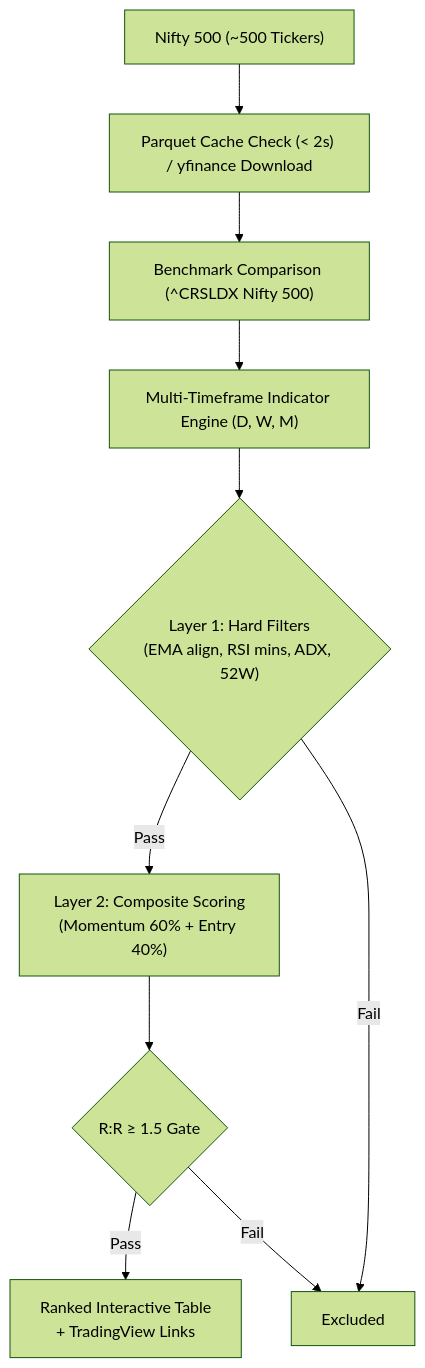
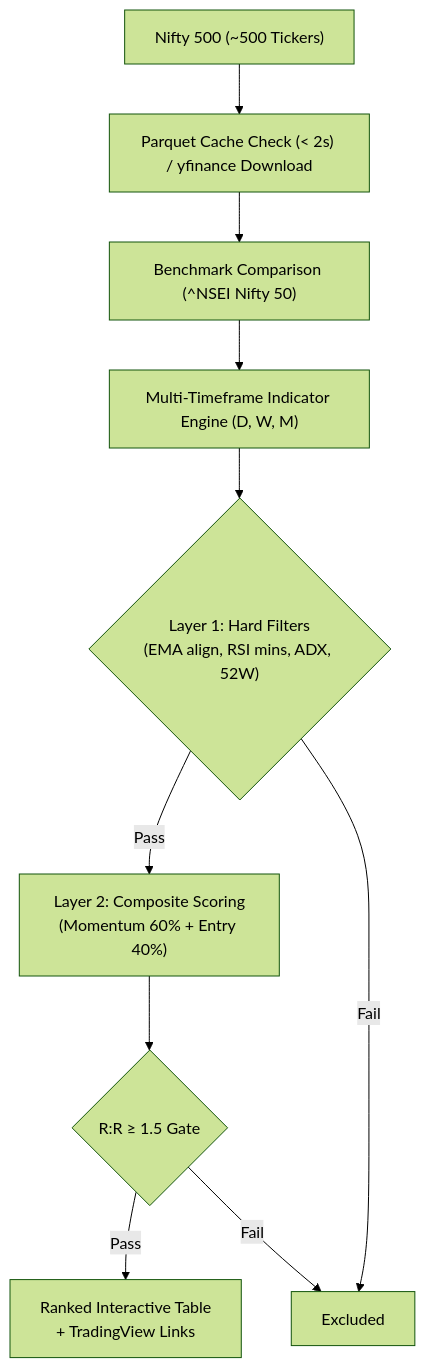
The first of 3 diagrams in README.md (tanmayw/momentum-scanner), drawn with Mermaid (forest theme) before and after one commit. The commit also changed 1 other file, not shown here.

Commit message:
fix(ui): update benchmark display label from ^CRSLDX to Nifty 50 (^NSEI)

````diff
--- a/README.md
+++ b/README.md
@@ -58,12 +58,12 @@
 ```mermaid
 flowchart TD
     A["Nifty 500 (~500 Tickers)"] --> B["Parquet Cache Check (< 2s) / yfinance Download"]
-    B --> C["Benchmark Comparison (^CRSLDX Nifty 500)"]
+    B --> C["Benchmark Comparison (^NSEI Nifty 50)"]
     C --> D["Multi-Timeframe Indicator Engine (D, W, M)"]
     D --> E{"Layer 1: Hard Filters\n(EMA align, RSI mins, ADX, 52W)"}
     E -- "Pass" --> F["Layer 2: Composite Scoring\n(Momentum 60% + Entry 40%)"]
     E -- "Fail" --> X["Excluded"]
     F --> G{"R:R ≥ 1.5 Gate"}
     G -- "Pass" --> H["Ranked Interactive Table\n+ TradingView Links"]
     G -- "Fail" --> X
 ```
````
